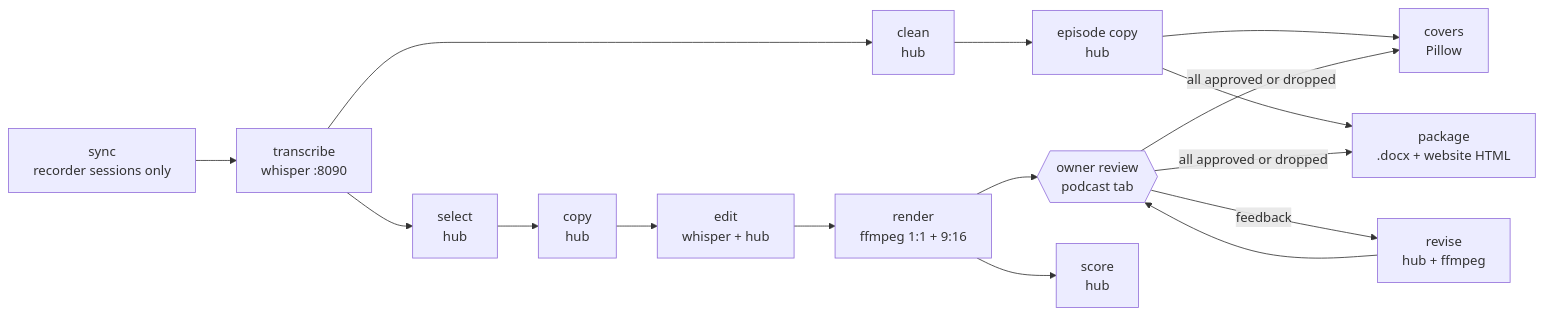
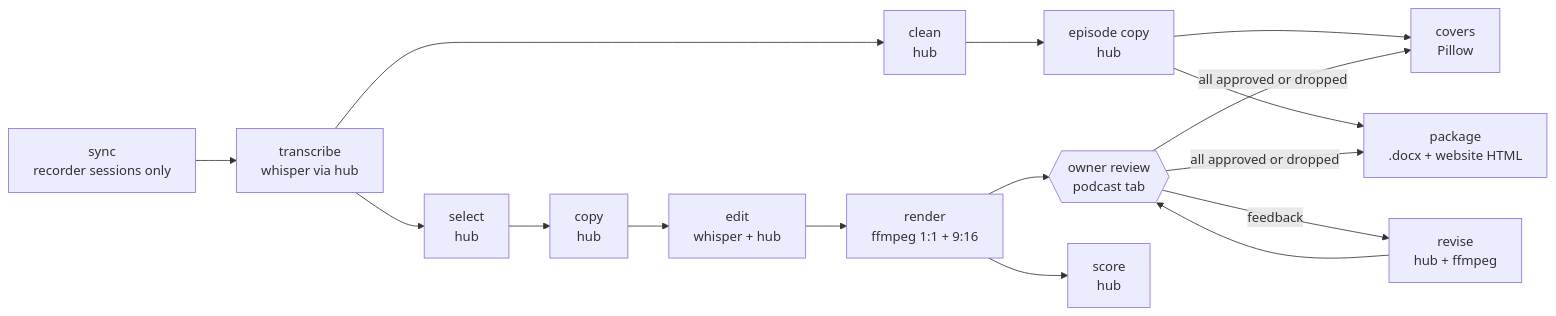
The diagram in podcast/README.md (ferraroroberto/content-management), drawn with Mermaid before and after one commit. The commit also changed 5 other files, not shown here.

First line of the commit message:
fix: point podcast whisper_url at the hub audio endpoint (#488)

````diff
--- a/podcast/README.md
+++ b/podcast/README.md
@@ -14,18 +14,18 @@
 ```mermaid
 flowchart LR
     Y[sync<br/>recorder sessions only] --> T
-    T[transcribe<br/>whisper :8090] --> C[clean<br/>hub]
+    T[transcribe<br/>whisper via hub] --> C[clean<br/>hub]
     T --> S[select<br/>hub]
     S --> P[copy<br/>hub]
     P --> D[edit<br/>whisper + hub]
     D --> R[render<br/>ffmpeg 1:1 + 9:16]
     R --> W{{owner review<br/>podcast tab}}
     W -->|feedback| X[revise<br/>hub + ffmpeg]
     X --> W
     C --> E[episode copy<br/>hub]
     E --> V[covers<br/>Pillow]
     W -->|all approved or dropped| V
     E --> K[package<br/>.docx + website HTML]
     W -->|all approved or dropped| K
     R --> Q[score<br/>hub]
 ```
````
